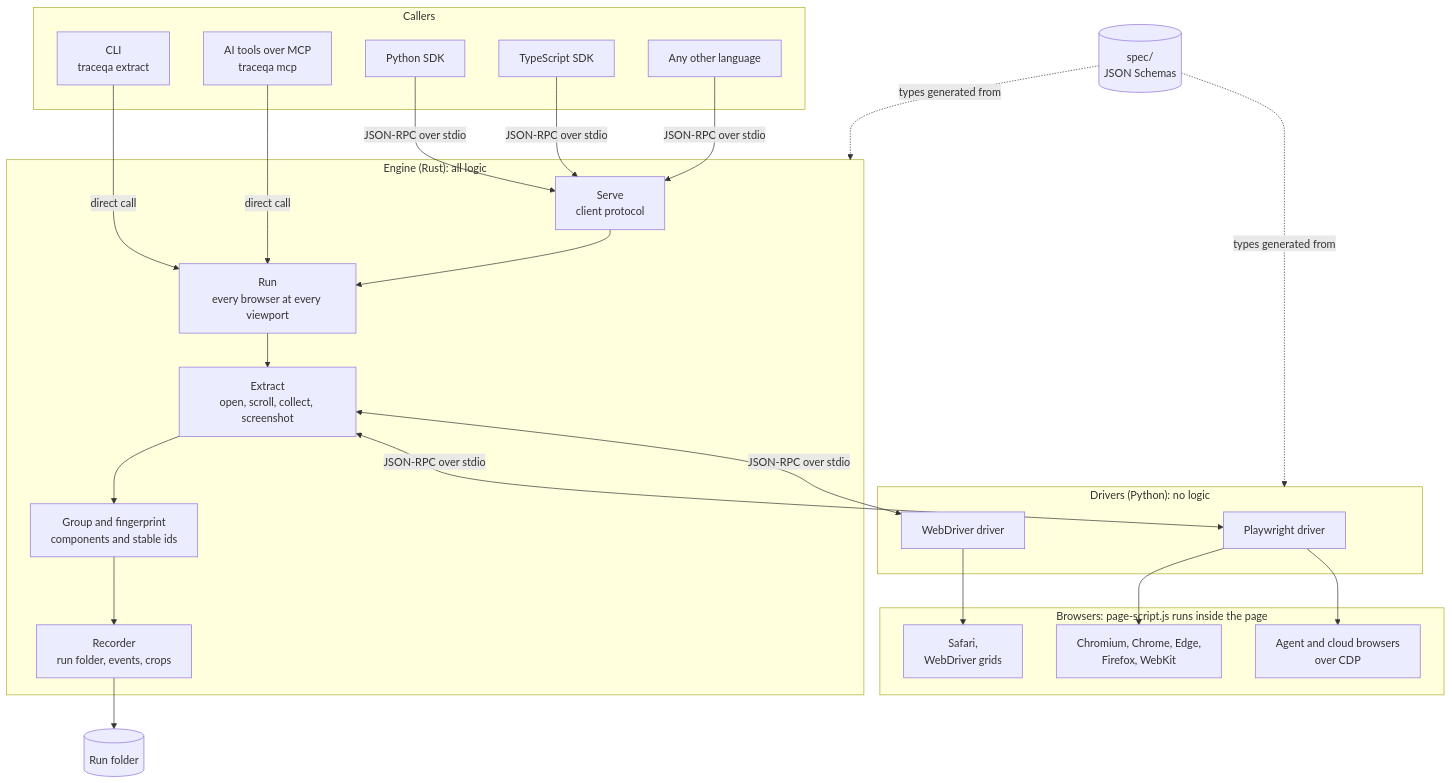
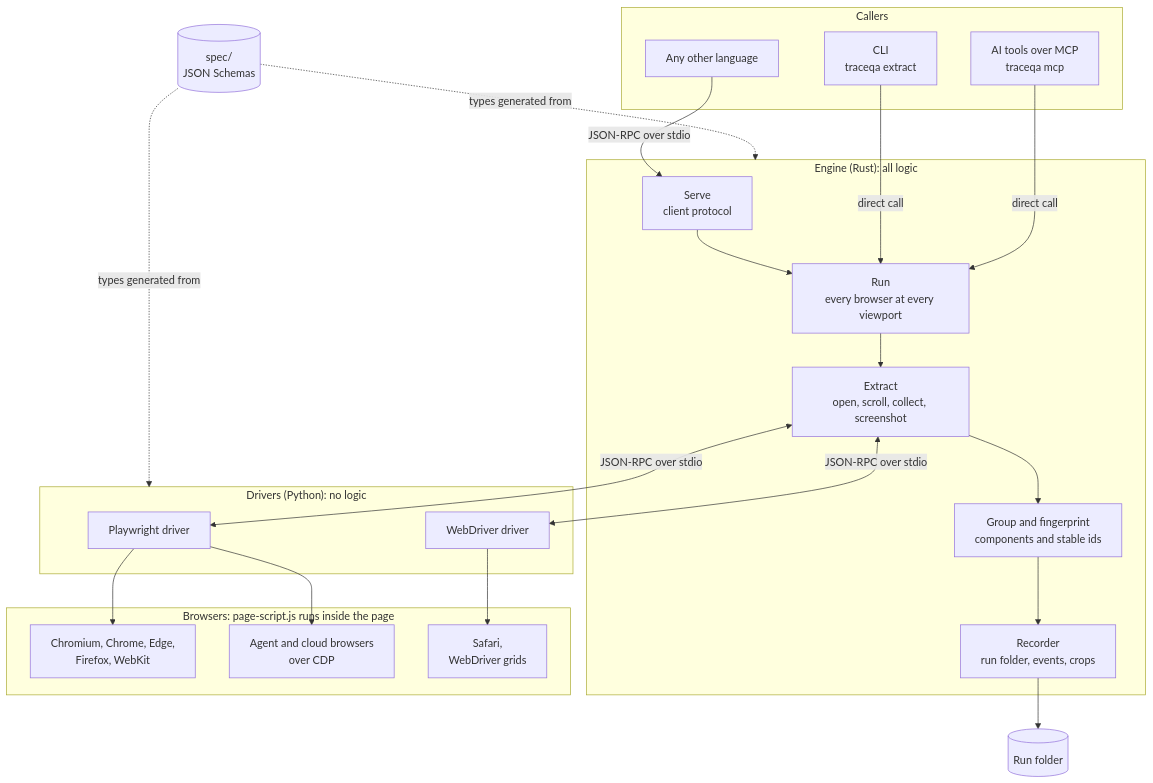
One commit to thearpankumar/TraceQA changed the diagram in README.md. Above: the diagram before and after it, drawn with Mermaid. The commit also changed other lines of this file and 48 other files, not shown here.

First line of the commit message:
chore: remove the Python and TypeScript SDKs

````diff
--- a/README.md
+++ b/README.md
@@ -327,47 +295,43 @@
 ```mermaid
 flowchart TB
     subgraph callers["Callers"]
         cli["CLI<br/>traceqa extract"]
         ai["AI tools over MCP<br/>traceqa mcp"]
-        py["Python SDK"]
-        ts["TypeScript SDK"]
         other["Any other language"]
     end
 
     subgraph engine["Engine (Rust): all logic"]
         serve["Serve<br/>client protocol"]
         run["Run<br/>every browser at every viewport"]
         extract["Extract<br/>open, scroll, collect, screenshot"]
         group["Group and fingerprint<br/>components and stable ids"]
         recorder["Recorder<br/>run folder, events, crops"]
         serve --> run --> extract --> group --> recorder
     end
 
     subgraph drivers["Drivers (Python): no logic"]
         pw["Playwright driver"]
         wd["WebDriver driver"]
     end
 
     subgraph browsers["Browsers: page-script.js runs inside the page"]
         b1["Chromium, Chrome, Edge,<br/>Firefox, WebKit"]
         b2["Agent and cloud browsers<br/>over CDP"]
         b3["Safari,<br/>WebDriver grids"]
     end
 
     spec[("spec/<br/>JSON Schemas")]
     out[("Run folder")]
 
     cli -->|direct call| run
     ai -->|direct call| run
-    py -->|JSON-RPC over stdio| serve
-    ts -->|JSON-RPC over stdio| serve
     other -->|JSON-RPC over stdio| serve
     extract <-->|JSON-RPC over stdio| pw
     extract <-->|JSON-RPC over stdio| wd
     pw --> b1
     pw --> b2
     wd --> b3
     recorder --> out
     spec -.->|types generated from| engine
     spec -.->|types generated from| drivers
 ```
````
